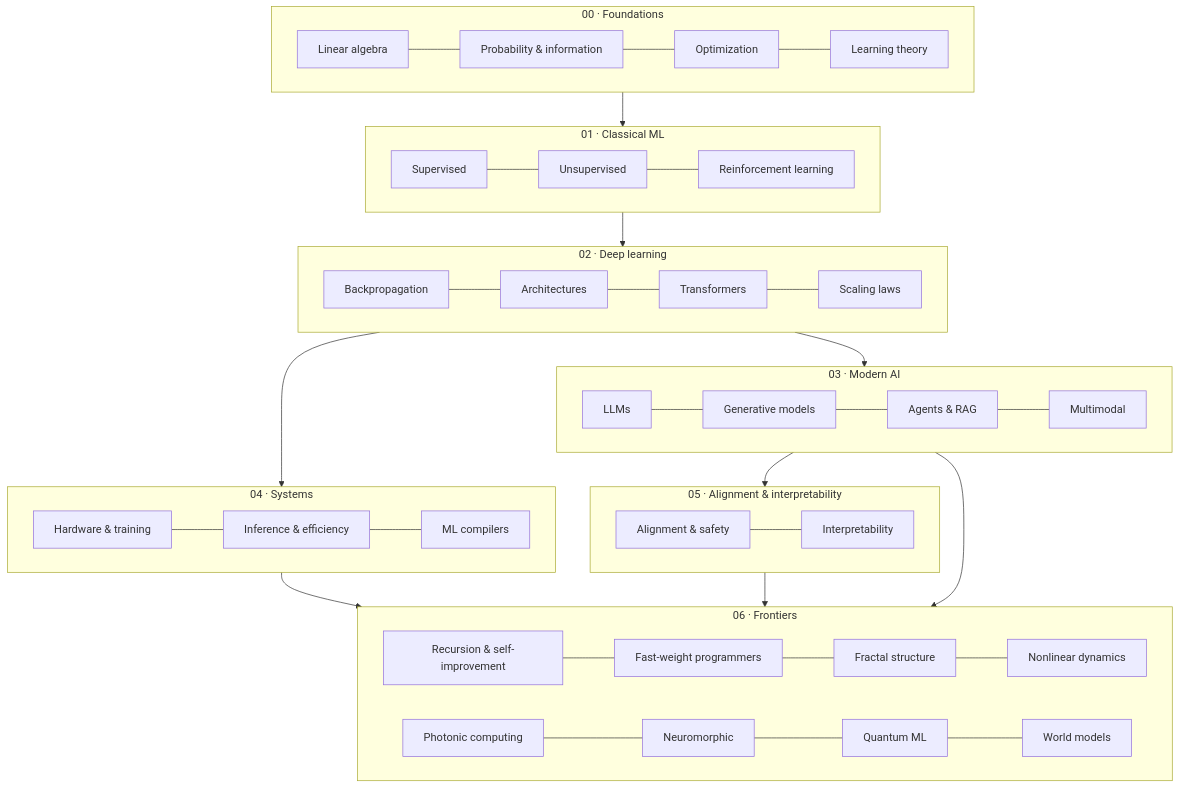
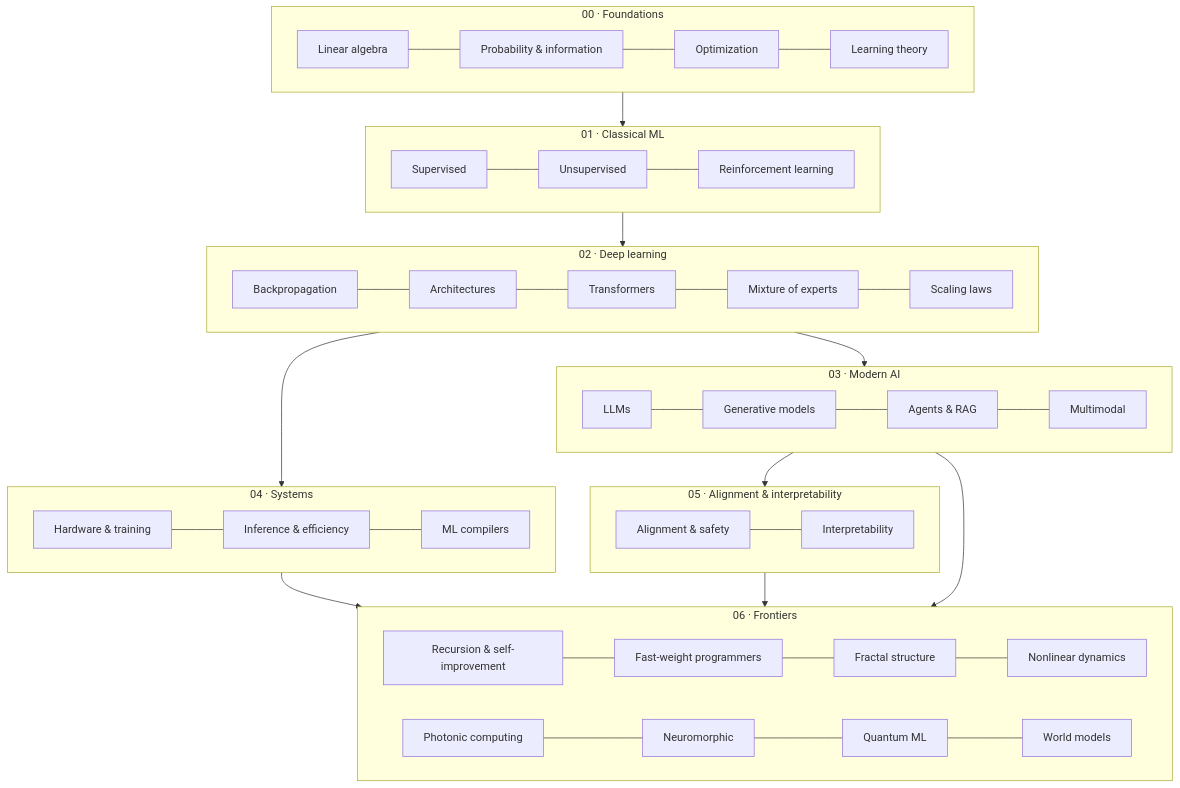
Before and after one commit to marcpoliquin5/understanding-ai: the diagram in README.md, drawn with Mermaid. The commit also changed other lines of this file and 6 other files, not shown here.

Commit message:
Add Mixture of experts and conditional computation page (Deep learning) with 21 checked references

````diff
--- a/README.md
+++ b/README.md
@@ -30,31 +30,31 @@
 ```mermaid
 flowchart TB
     subgraph F[00 · Foundations]
         F1[Linear algebra] --- F2[Probability & information] --- F3[Optimization] --- F4[Learning theory]
     end
     subgraph C[01 · Classical ML]
         C1[Supervised] --- C2[Unsupervised] --- C3[Reinforcement learning]
     end
     subgraph D[02 · Deep learning]
-        D1[Backpropagation] --- D2[Architectures] --- D3[Transformers] --- D4[Scaling laws]
+        D1[Backpropagation] --- D2[Architectures] --- D3[Transformers] --- D5[Mixture of experts] --- D4[Scaling laws]
     end
     subgraph M[03 · Modern AI]
         M1[LLMs] --- M2[Generative models] --- M3[Agents & RAG] --- M4[Multimodal]
     end
     subgraph S[04 · Systems]
         S1[Hardware & training] --- S2[Inference & efficiency] --- S3[ML compilers]
     end
     subgraph A[05 · Alignment & interpretability]
         A1[Alignment & safety] --- A2[Interpretability]
     end
     subgraph X[06 · Frontiers]
         X1[Recursion & self-improvement] --- X1b[Fast-weight programmers] --- X2[Fractal structure] --- X3[Nonlinear dynamics]
         X4[Photonic computing] --- X5[Neuromorphic] --- X6[Quantum ML] --- X7[World models]
     end
     F --> C --> D --> M
     D --> S
     M --> A
     S --> X
     A --> X
     M --> X
 ```
````
